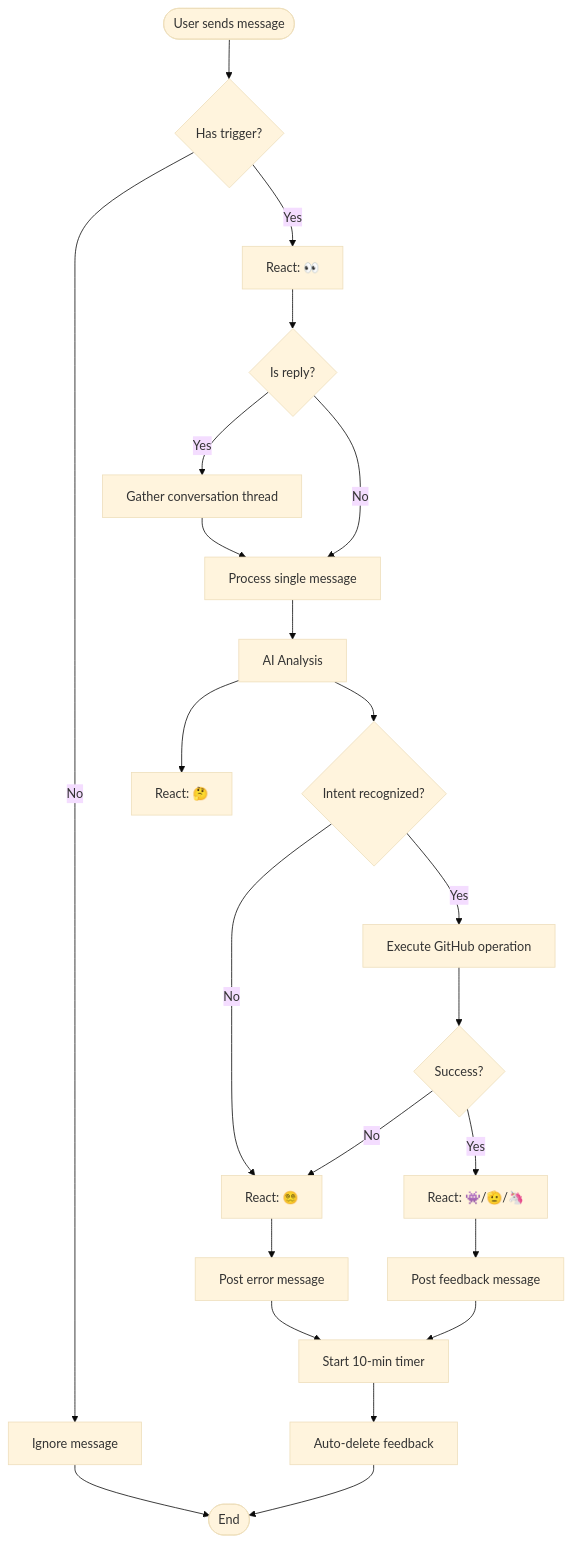
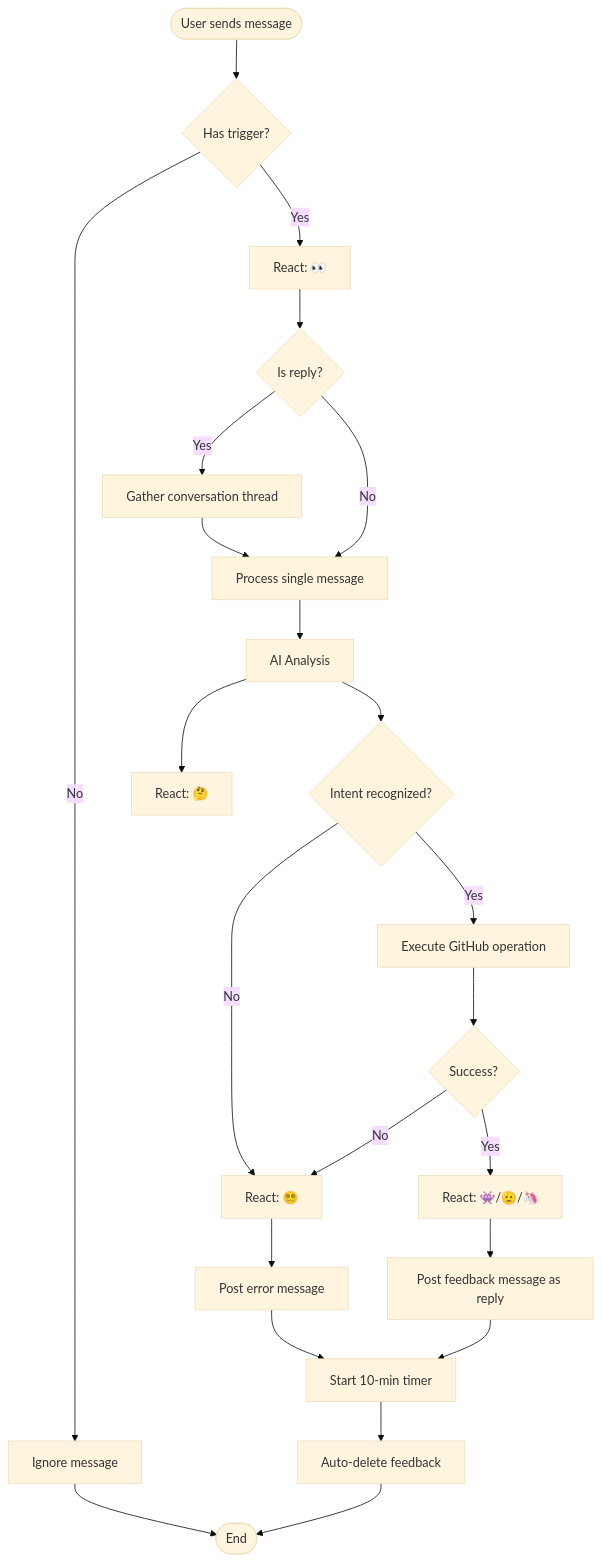
One commit to majus/telegit changed the seventh of 11 diagrams in PRD.md. Above: the diagram before and after it, drawn with Mermaid (base theme). The commit also changed other lines of this file and 4 other files, not shown here.

````diff
--- a/PRD.md
+++ b/PRD.md
@@ -544,32 +540,32 @@
 ```mermaid
 flowchart TD
     Start([User sends message]) --> Check{Has trigger?}
     Check -->|No| Ignore[Ignore message]
     Check -->|Yes| React1[React: 👀]
     
     React1 --> CheckReply{Is reply?}
     CheckReply -->|Yes| Gather[Gather conversation thread]
     CheckReply -->|No| Process[Process single message]
     
     Gather --> Process
     Process --> AI[AI Analysis]
     AI --> React2[React: 🤔]
     
     AI --> IntentCheck{Intent recognized?}
     IntentCheck -->|No| Error[React: 😵‍💫]
     IntentCheck -->|Yes| Execute[Execute GitHub operation]
     
     Execute --> Success{Success?}
     Success -->|No| Error
     Success -->|Yes| Final[React: 👾/🫡/🦄]
     
-    Final --> Feedback[Post feedback message]
+    Final --> Feedback[Post feedback message as reply]
     Feedback --> Timer[Start 10-min timer]
     Timer --> Delete[Auto-delete feedback]
     
     Error --> ErrorMsg[Post error message]
     ErrorMsg --> Timer
     
     Ignore --> End([End])
     Delete --> End
 ```
````
